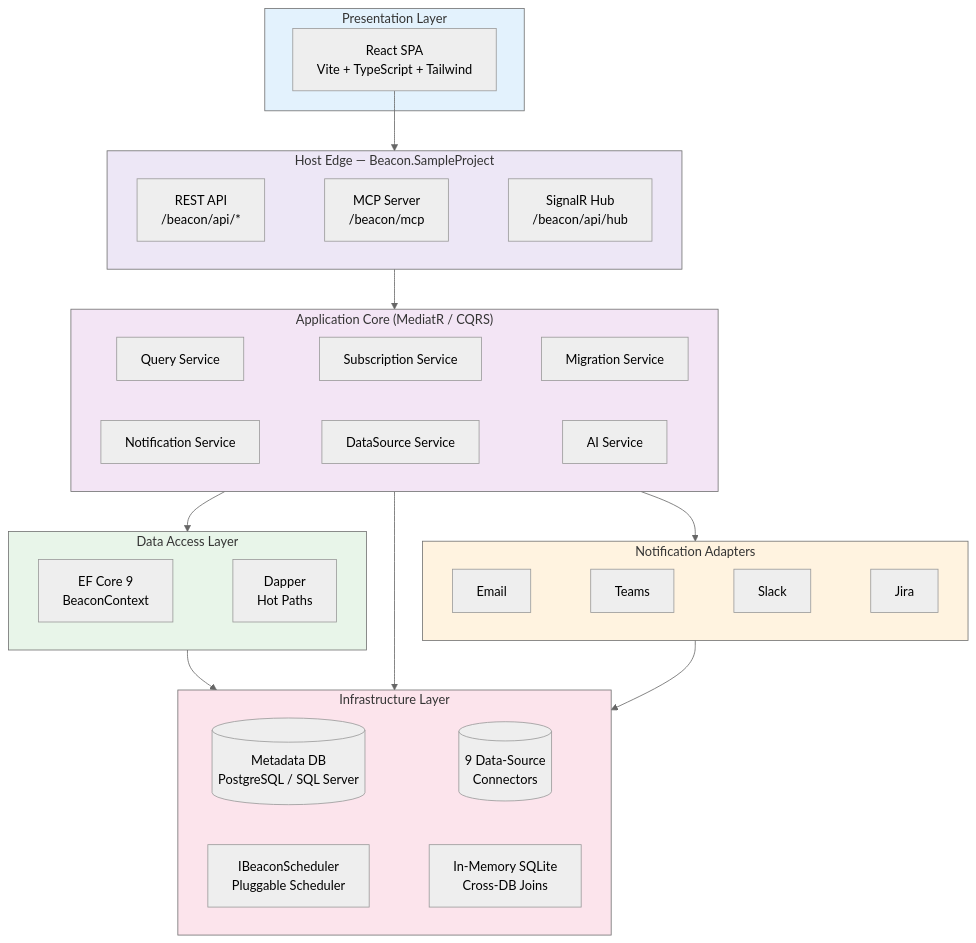
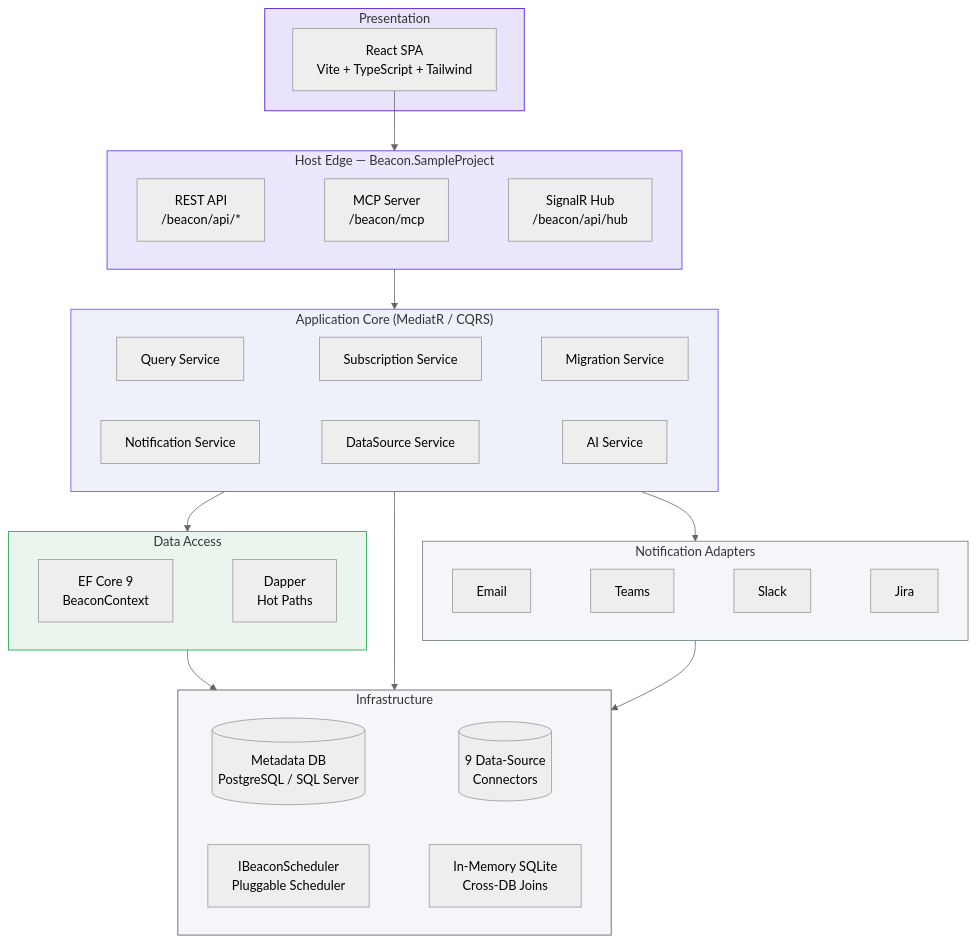
The first of 2 diagrams in README.md (moberghr/beacon), drawn with Mermaid (neutral theme) before and after one commit. The commit also changed other lines of this file and 81 other files, not shown here.

````diff
--- a/README.md
+++ b/README.md
@@ -160,43 +160,43 @@
 ```mermaid
 graph TB
-    subgraph UI["Presentation Layer"]
+    subgraph UI["Presentation"]
         React[React SPA<br/>Vite + TypeScript + Tailwind]
     end
 
     subgraph Edge["Host Edge — Beacon.SampleProject"]
         RestApi[REST API<br/>/beacon/api/*] ~~~ Mcp[MCP Server<br/>/beacon/mcp] ~~~ Hub[SignalR Hub<br/>/beacon/api/hub]
     end
 
     subgraph Core["Application Core (MediatR / CQRS)"]
         QuerySvc[Query Service] ~~~ SubSvc[Subscription Service] ~~~ MigSvc[Migration Service]
         NotifSvc[Notification Service] ~~~ DataSrcSvc[DataSource Service] ~~~ AiSvc[AI Service]
     end
 
     subgraph Adapters["Notification Adapters"]
         EmailAdapter[Email] ~~~ TeamsAdapter[Teams] ~~~ SlackAdapter[Slack] ~~~ JiraAdapter[Jira]
     end
 
-    subgraph Data["Data Access Layer"]
+    subgraph Data["Data Access"]
         EFCore[EF Core 9<br/>BeaconContext] ~~~ Dapper[Dapper<br/>Hot Paths]
     end
 
-    subgraph Infrastructure["Infrastructure Layer"]
+    subgraph Infrastructure["Infrastructure"]
         Meta[(Metadata DB<br/>PostgreSQL / SQL Server)] ~~~ Sources[(9 Data-Source<br/>Connectors)]
         Scheduler[IBeaconScheduler<br/>Pluggable Scheduler] ~~~ SQLiteVM[In-Memory SQLite<br/>Cross-DB Joins]
     end
 
     React --> Edge
     Edge --> Core
     Core --> Adapters
     Core --> Data
     Data --> Infrastructure
     Core --> Infrastructure
     Adapters --> Infrastructure
 
-    style UI fill:#e3f2fd
-    style Edge fill:#ede7f6
-    style Core fill:#f3e5f5
-    style Adapters fill:#fff3e0
-    style Data fill:#e8f5e9
-    style Infrastructure fill:#fce4ec
+    style UI fill:#e9e4fc,stroke:#430cda
+    style Edge fill:#ece7fd,stroke:#5a30ee
+    style Core fill:#eef0fa,stroke:#6c48ff
+    style Adapters fill:#f4f6fa,stroke:#717a80
+    style Data fill:#eaf5ee,stroke:#16a34a
+    style Infrastructure fill:#f4f6fa,stroke:#545454
 ```
````
